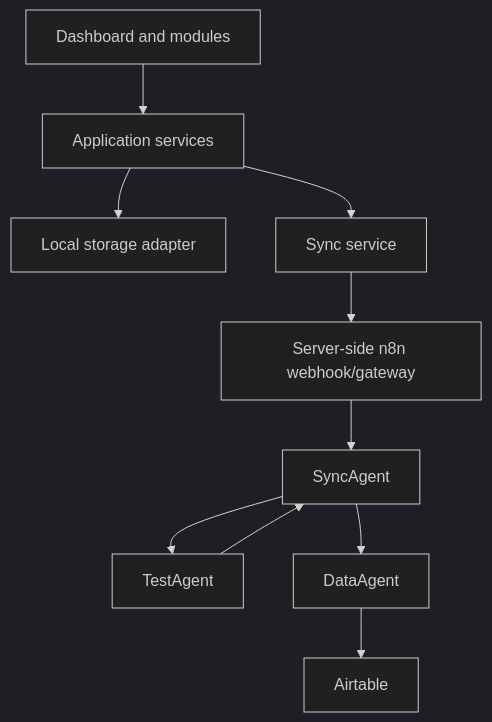
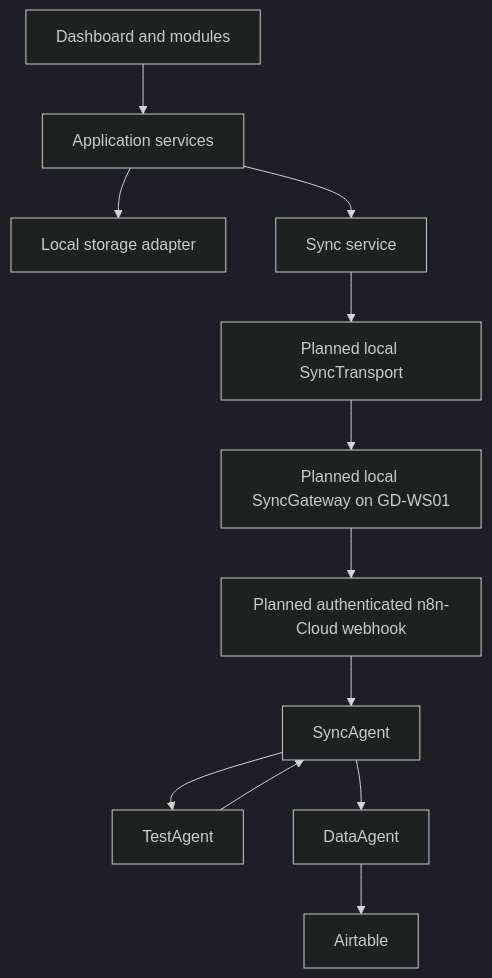
Before and after one commit to Varudan/goldendawn-os: the diagram in README.md, drawn with Mermaid (dark theme). The commit also changed other lines of this file and 8 other files, not shown here.

Commit message:
docs: decide local sync gateway before n8n cloud (#48)

````diff
--- a/README.md
+++ b/README.md
@@ -117,12 +125,14 @@
 ```mermaid
 flowchart TD
     UI["Dashboard and modules"] --> Services["Application services"]
     Services --> Local["Local storage adapter"]
     Services --> Sync["Sync service"]
-    Sync --> Gateway["Server-side n8n webhook/gateway"]
-    Gateway --> Agent["SyncAgent"]
+    Sync --> Transport["Planned local SyncTransport"]
+    Transport --> Gateway["Planned local SyncGateway on GD-WS01"]
+    Gateway --> Cloud["Planned authenticated n8n-Cloud webhook"]
+    Cloud --> Agent["SyncAgent"]
     Agent --> Test["TestAgent"]
     Agent --> Data["DataAgent"]
     Test --> Agent
     Data --> Airtable["Airtable"]
 ```
````
